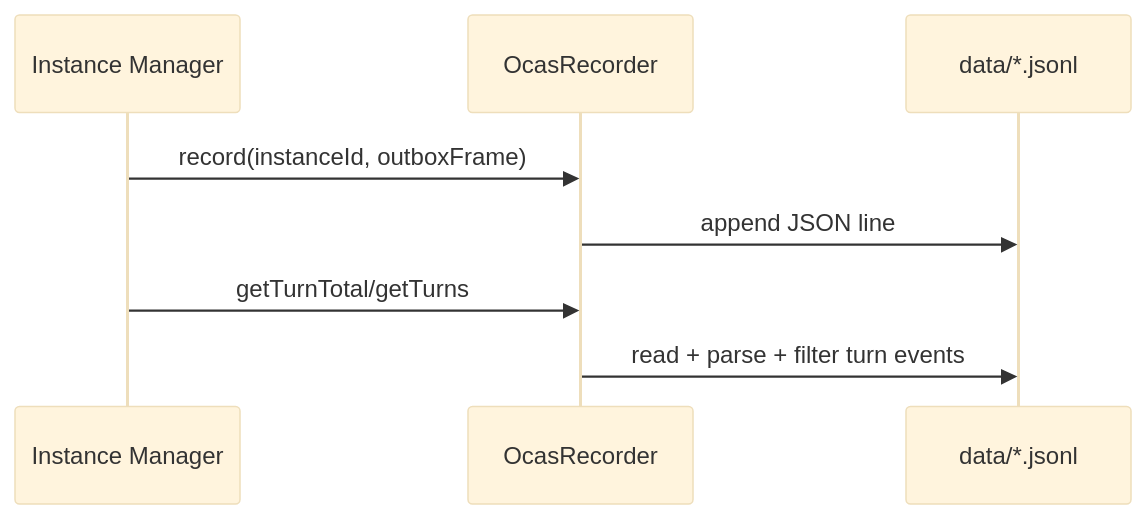
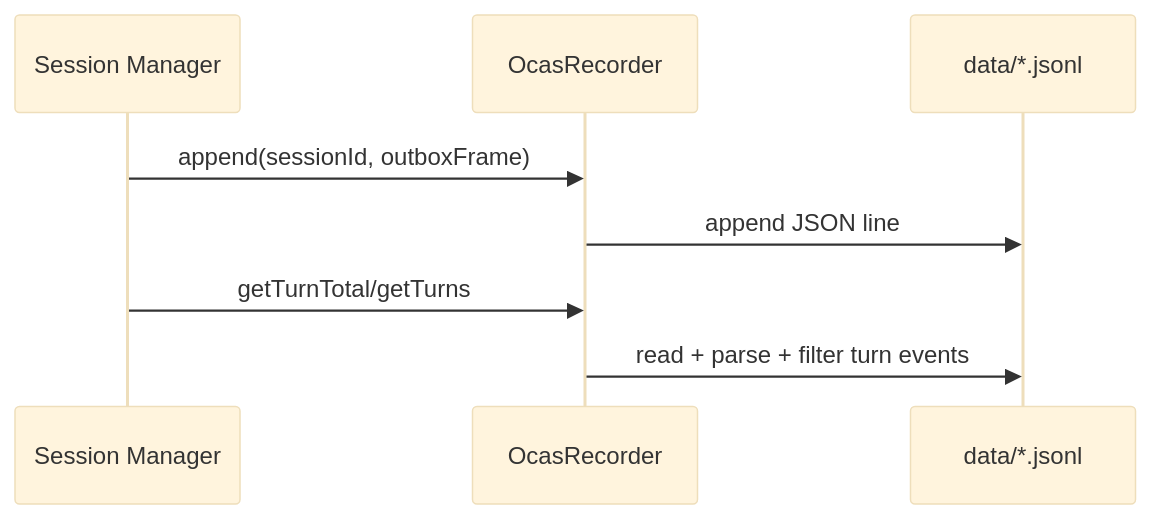
One commit to shazhou-ww/sumeru changed the diagram in cards/ocas-recording.md. Above: the diagram before and after it, drawn with Mermaid (base theme). The commit also changed other lines of this file and 16 other files, not shown here.

First line of the commit message:
docs(cards): update all architecture cards for V3 data model

````diff
--- a/cards/ocas-recording.md
+++ b/cards/ocas-recording.md
@@ -31,11 +31,11 @@
 ```mermaid
 sequenceDiagram
-  participant IM as Instance Manager
+  participant SM as Session Manager
   participant OR as OcasRecorder
   participant FS as data/*.jsonl
 
-  IM->>OR: record(instanceId, outboxFrame)
+  SM->>OR: append(sessionId, outboxFrame)
   OR->>FS: append JSON line
-  IM->>OR: getTurnTotal/getTurns
+  SM->>OR: getTurnTotal/getTurns
   OR->>FS: read + parse + filter turn events
 ```
````
